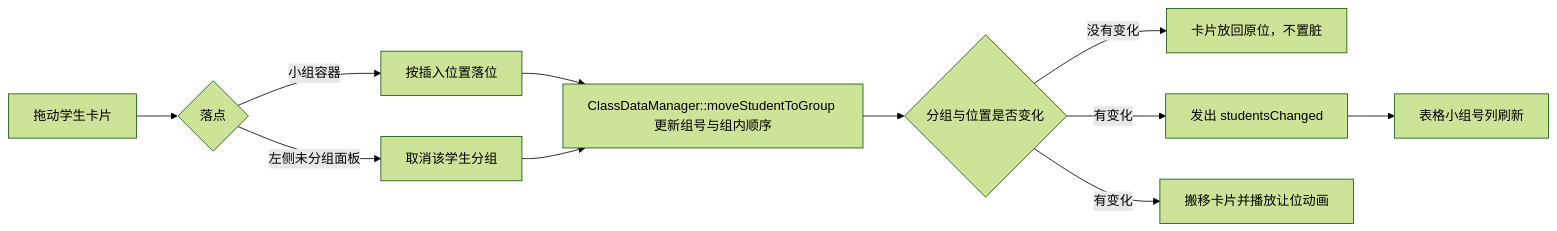
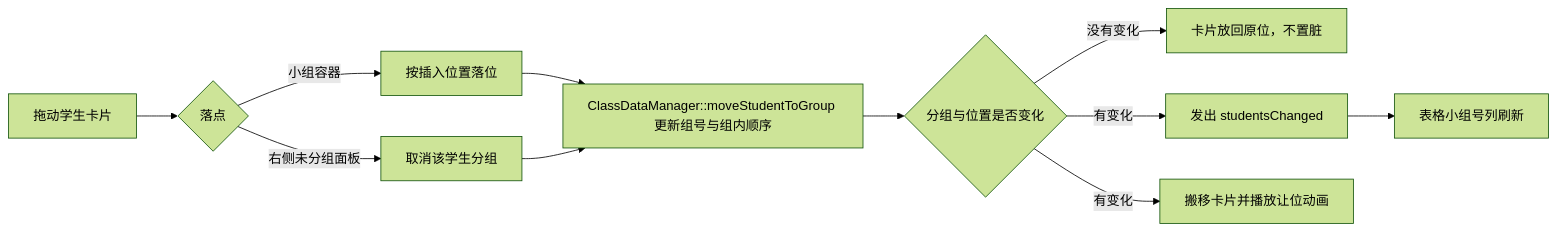
One commit to fz1251/ClassScoreManager changed the eighth of 10 diagrams in docs/structure.md. Above: the diagram before and after it, drawn with Mermaid (forest theme). The commit also changed other lines of this file and 41 other files, not shown here.

````diff
--- a/docs/structure.md
+++ b/docs/structure.md
@@ -247,13 +265,13 @@
 ```mermaid
 flowchart LR
     Drag[拖动学生卡片] --> Drop{落点}
     Drop -->|小组容器| Position[按插入位置落位]
-    Drop -->|左侧未分组面板| Cancel[取消该学生分组]
+    Drop -->|右侧未分组面板| Cancel[取消该学生分组]
     Position --> Move[ClassDataManager::moveStudentToGroup 更新组号与组内顺序]
     Cancel --> Move
     Move --> Same{分组与位置是否变化}
     Same -->|没有变化| Keep[卡片放回原位，不置脏]
     Same -->|有变化| Emit[发出 studentsChanged]
     Emit --> Column[表格小组号列刷新]
     Same -->|有变化| Animate[搬移卡片并播放让位动画]
 ```
````
